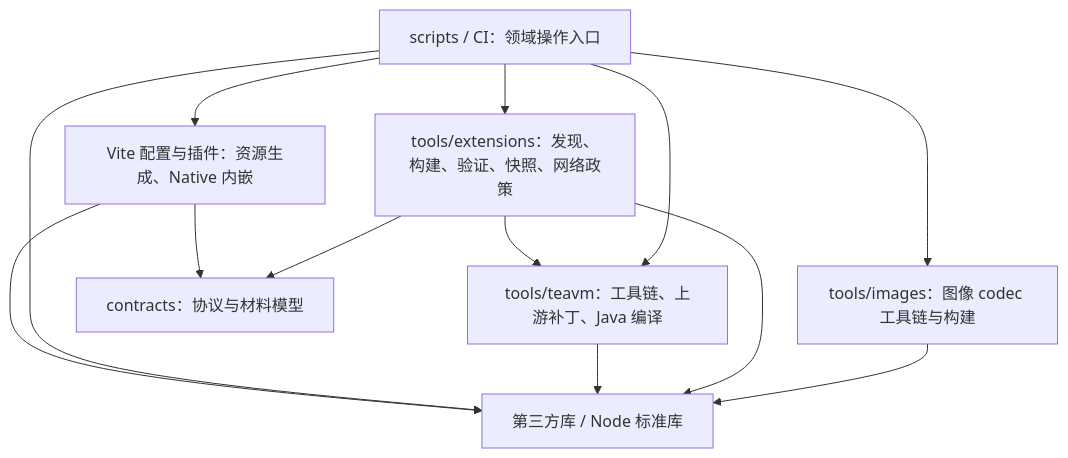
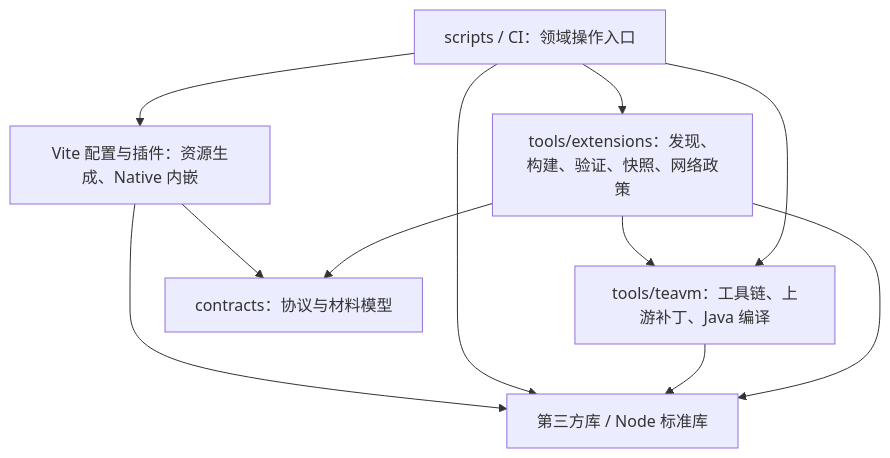
The diagram in docs/TOOLING.md (Wybxc/karuyomi), drawn with Mermaid before and after one commit. The commit also changed other lines of this file and 71 other files, not shown here.

````diff
--- a/docs/TOOLING.md
+++ b/docs/TOOLING.md
@@ -9,15 +9,13 @@
 ```mermaid
 flowchart TD
   CLI["scripts / CI：领域操作入口"] --> EXT["tools/extensions：发现、构建、验证、快照、网络政策"]
-  CLI --> IMG["tools/images：图像 codec 工具链与构建"]
-  IMG --> BASE
   CLI --> JVM["tools/teavm：工具链、上游补丁、Java 编译"]
   EXT --> JVM
   EXT --> BASE["第三方库 / Node 标准库"]
   JVM --> BASE
   CLI --> BASE
   EXT --> CONTRACT["contracts：协议与材料模型"]
   CLI --> VITE["Vite 配置与插件：资源生成、Native 内嵌"]
   VITE --> CONTRACT
   VITE --> BASE
 ```
````
